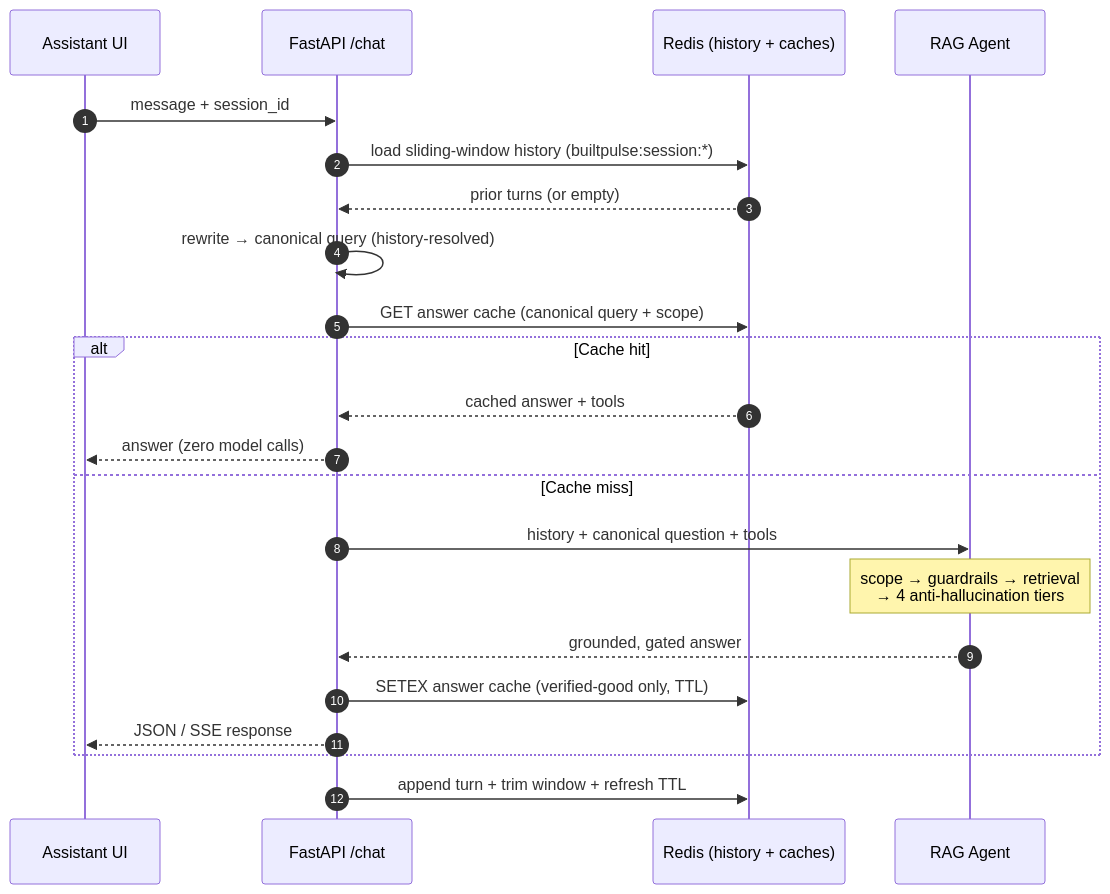
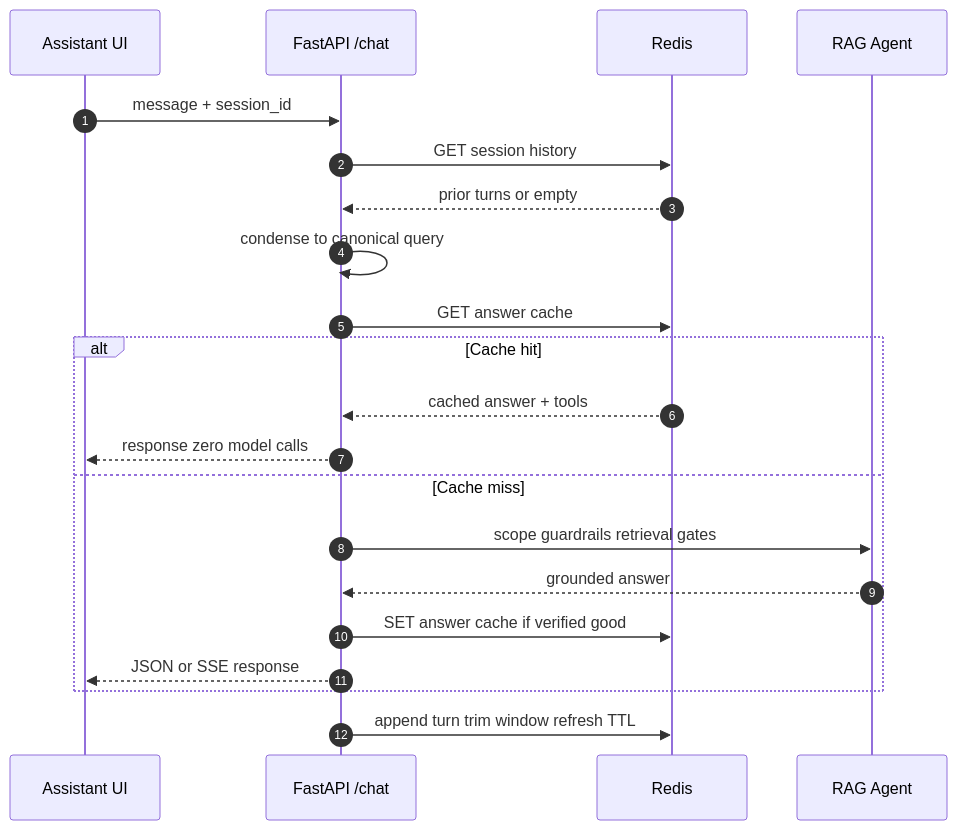
Before and after one commit to Novatech240/Agentic_RAG_backend: the fifth of 8 diagrams in README.md, drawn with Mermaid. The commit also changed other lines of this file, not shown here.

````diff
--- a/README.md
+++ b/README.md
@@ -191,25 +253,24 @@
 ```mermaid
 sequenceDiagram
     autonumber
     participant UI as Assistant UI
     participant API as FastAPI /chat
-    participant Redis as Redis (history + caches)
+    participant Redis as Redis
     participant Agent as RAG Agent
 
     UI->>API: message + session_id
-    API->>Redis: load sliding-window history (builtpulse:session:*)
-    Redis-->>API: prior turns (or empty)
-    API->>API: rewrite → canonical query (history-resolved)
-    API->>Redis: GET answer cache (canonical query + scope)
+    API->>Redis: GET session history
+    Redis-->>API: prior turns or empty
+    API->>API: condense to canonical query
+    API->>Redis: GET answer cache
     alt Cache hit
         Redis-->>API: cached answer + tools
-        API-->>UI: answer (zero model calls)
+        API-->>UI: response zero model calls
     else Cache miss
-        API->>Agent: history + canonical question + tools
-        Note over Agent: scope → guardrails → retrieval<br/>→ 4 anti-hallucination tiers
-        Agent-->>API: grounded, gated answer
-        API->>Redis: SETEX answer cache (verified-good only, TTL)
-        API-->>UI: JSON / SSE response
+        API->>Agent: scope guardrails retrieval gates
+        Agent-->>API: grounded answer
+        API->>Redis: SET answer cache if verified good
+        API-->>UI: JSON or SSE response
     end
-    API->>Redis: append turn + trim window + refresh TTL
+    API->>Redis: append turn trim window refresh TTL
 ```
````
